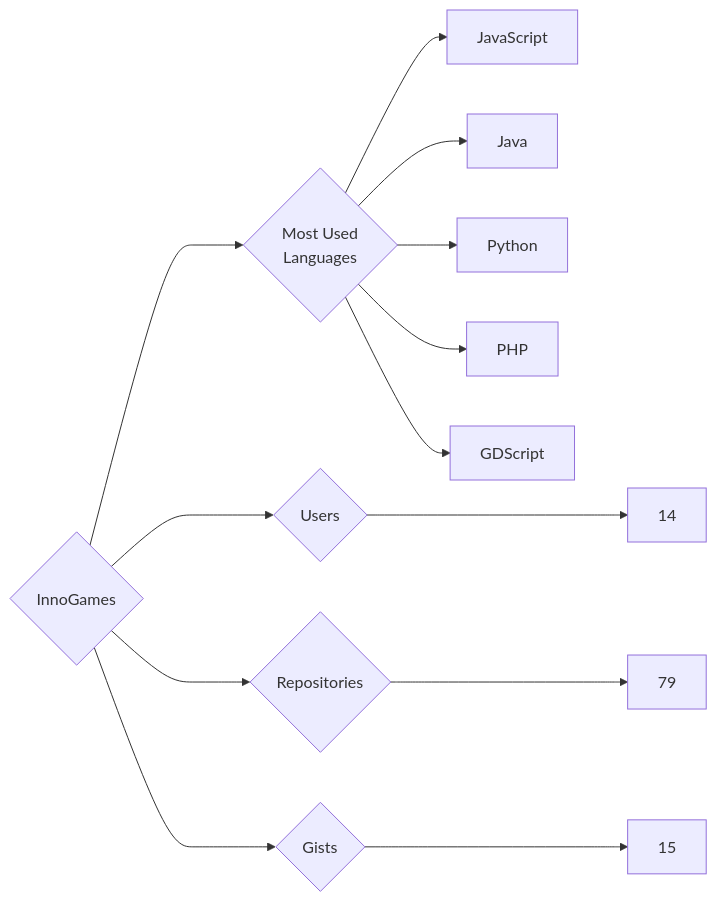
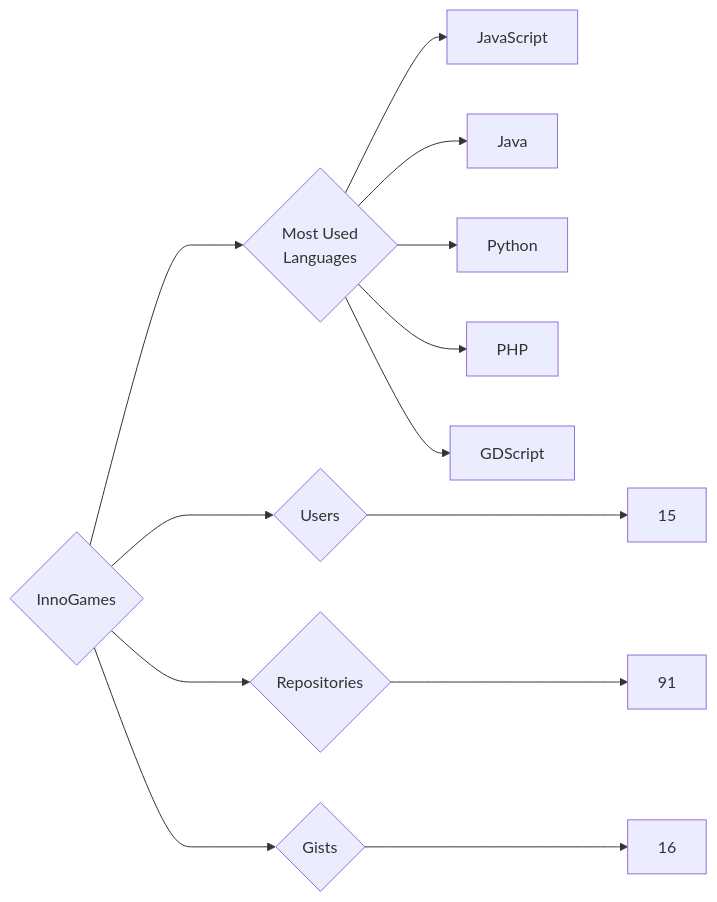
One commit to trickest/insiders changed the diagram in targets/InnoGames/README.md. Above: the diagram before and after it, drawn with Mermaid. The commit also changed 1030 other files, not shown here.

````diff
--- a/targets/InnoGames/README.md
+++ b/targets/InnoGames/README.md
@@ -3,13 +3,13 @@
 ```mermaid
 graph LR
 COMPANY_NAME{InnoGames}
-COMPANY_NAME ---> U{Users} ---> UN[14]
-COMPANY_NAME ---> R{Repositories} ---> RN[79]
-COMPANY_NAME ---> G{Gists} ---> GN[15]
+COMPANY_NAME ---> U{Users} ---> UN[15]
+COMPANY_NAME ---> R{Repositories} ---> RN[91]
+COMPANY_NAME ---> G{Gists} ---> GN[16]
 COMPANY_NAME ---> ML{Most Used<br>Languages}
 ML --> JavaScript[JavaScript]
 ML --> Java[Java]
 ML --> Python[Python]
 ML --> PHP[PHP]
 ML --> GDScript[GDScript]
 ```
````
